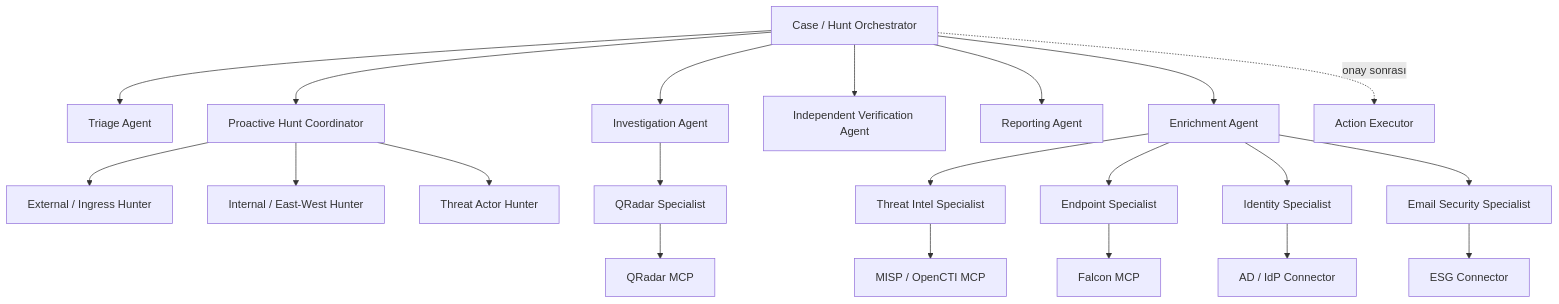
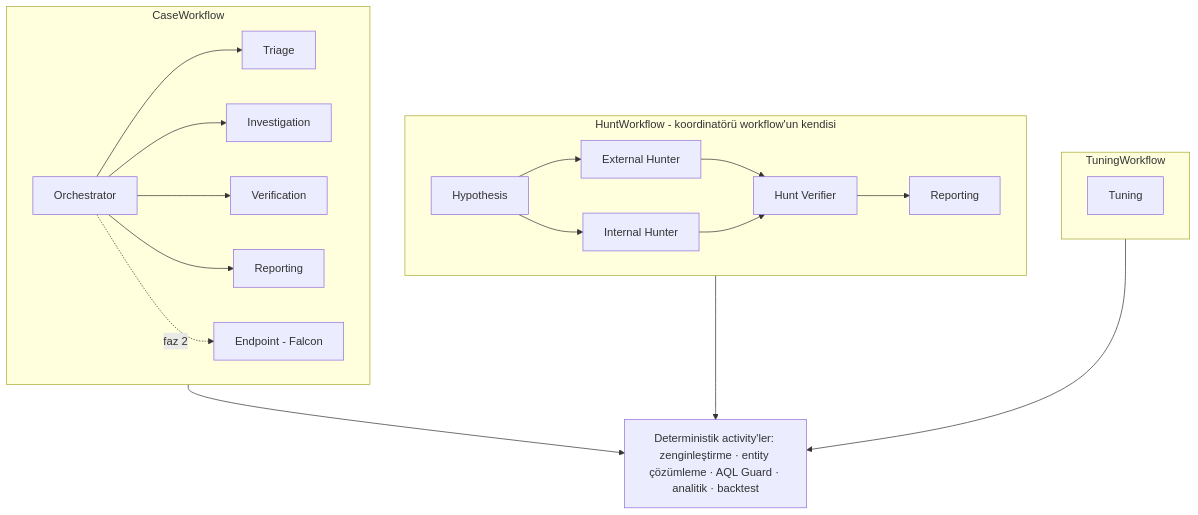
The third of 6 diagrams in docs/architecture.md (wiemBe/ais0c), drawn with Mermaid before and after one commit. The commit also changed other lines of this file and 43 other files, not shown here.

````diff
--- a/docs/architecture.md
+++ b/docs/architecture.md
@@ -73,28 +238,24 @@
 ```mermaid
 flowchart TB
-    O["Case / Hunt Orchestrator"]
-
-    O --> T["Triage Agent"]
-    O --> I["Investigation Agent"]
-    O --> E["Enrichment Agent"]
-    O --> V["Independent Verification Agent"]
-    O --> R["Reporting Agent"]
-    O --> HC["Proactive Hunt Coordinator"]
-    O -. onay sonrası .-> A["Action Executor"]
-
-    HC --> EXT["External / Ingress Hunter"]
-    HC --> INT["Internal / East-West Hunter"]
-    HC --> ACTOR["Threat Actor Hunter"]
-
-    I --> QS["QRadar Specialist"]
-    E --> TI["Threat Intel Specialist"]
-    E --> EP["Endpoint Specialist"]
-    E --> ID["Identity Specialist"]
-    E --> MAIL["Email Security Specialist"]
-
-    QS --> QMCP["QRadar MCP"]
-    EP --> FMCP["Falcon MCP"]
-    TI --> TIMCP["MISP / OpenCTI MCP"]
-    ID --> IDMCP["AD / IdP Connector"]
-    MAIL --> ESGMCP["ESG Connector"]
+    subgraph CASEW["CaseWorkflow"]
+        ORC["Orchestrator"] --> TRI["Triage"]
+        ORC --> INV["Investigation"]
+        ORC --> VER["Verification"]
+        ORC --> REP["Reporting"]
+        ORC -.->|"faz 2"| EPA["Endpoint - Falcon"]
+    end
+    subgraph HUNTW["HuntWorkflow - koordinatörü workflow'un kendisi"]
+        HYP["Hypothesis"] --> EXH["External Hunter"]
+        HYP --> INH["Internal Hunter"]
+        EXH --> HVR["Hunt Verifier"]
+        INH --> HVR
+        HVR --> HREP["Reporting"]
+    end
+    subgraph TUNEW["TuningWorkflow"]
+        TUN["Tuning"]
+    end
+    DET["Deterministik activity'ler: zenginleştirme · entity çözümleme · AQL Guard · analitik · backtest"]
+    CASEW --> DET
+    HUNTW --> DET
+    TUNEW --> DET
 ```
````
